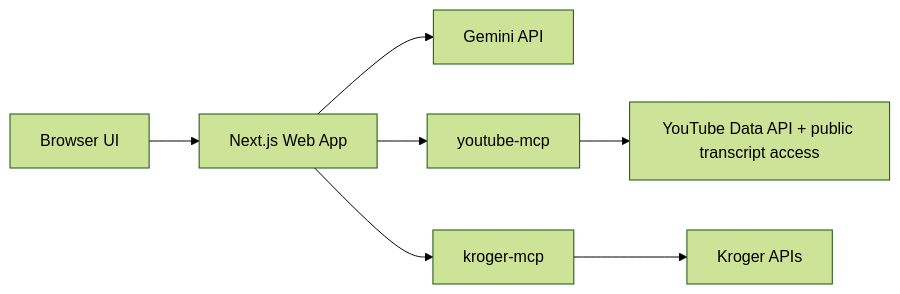
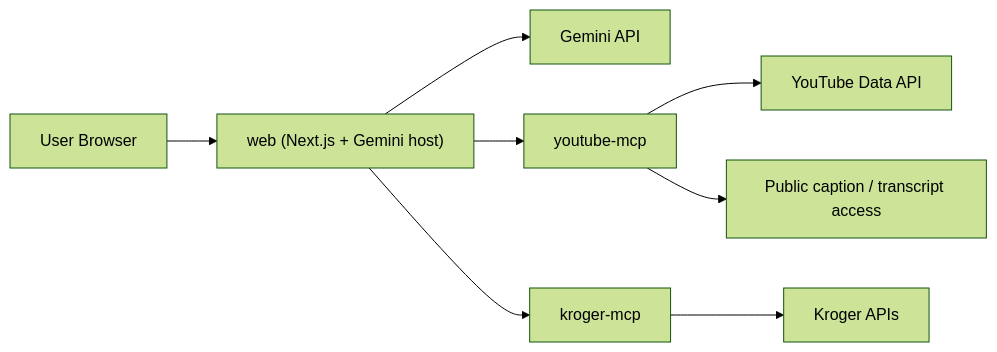
One commit to MosheT01/CraveCart changed the diagram in ARCHITECTURE.md. Above: the diagram before and after it, drawn with Mermaid (forest theme). The commit also changed other lines of this file, not shown here.

Commit message:
docs: add deep architecture walkthrough

````diff
--- a/ARCHITECTURE.md
+++ b/ARCHITECTURE.md
@@ -21,9 +61,10 @@
 ```mermaid
 flowchart LR
-    User["Browser UI"] --> Web["Next.js Web App"]
-    Web --> Gemini["Gemini API"]
-    Web --> YMCP["youtube-mcp"]
-    Web --> KMCP["kroger-mcp"]
-    YMCP --> YouTube["YouTube Data API + public transcript access"]
-    KMCP --> Kroger["Kroger APIs"]
+    U["User Browser"] --> W["web (Next.js + Gemini host)"]
+    W --> G["Gemini API"]
+    W --> YM["youtube-mcp"]
+    W --> KM["kroger-mcp"]
+    YM --> Y["YouTube Data API"]
+    YM --> T["Public caption / transcript access"]
+    KM --> K["Kroger APIs"]
 ```
````
